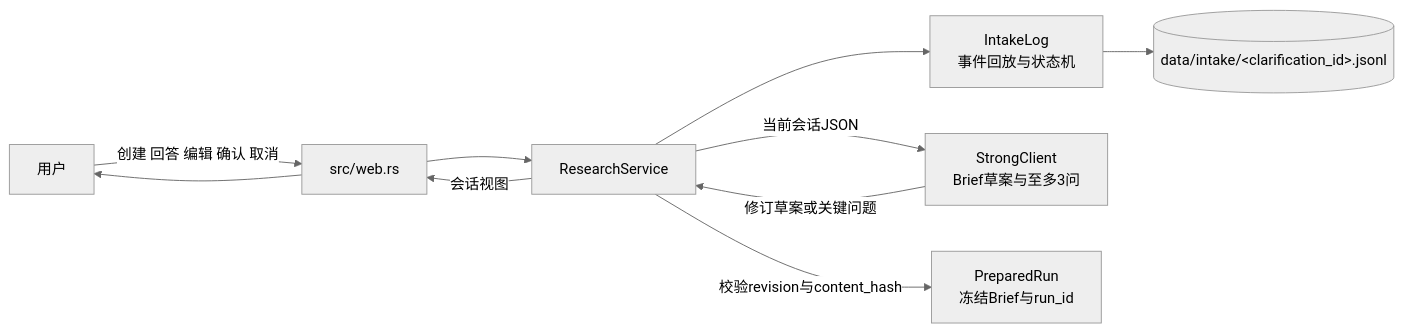
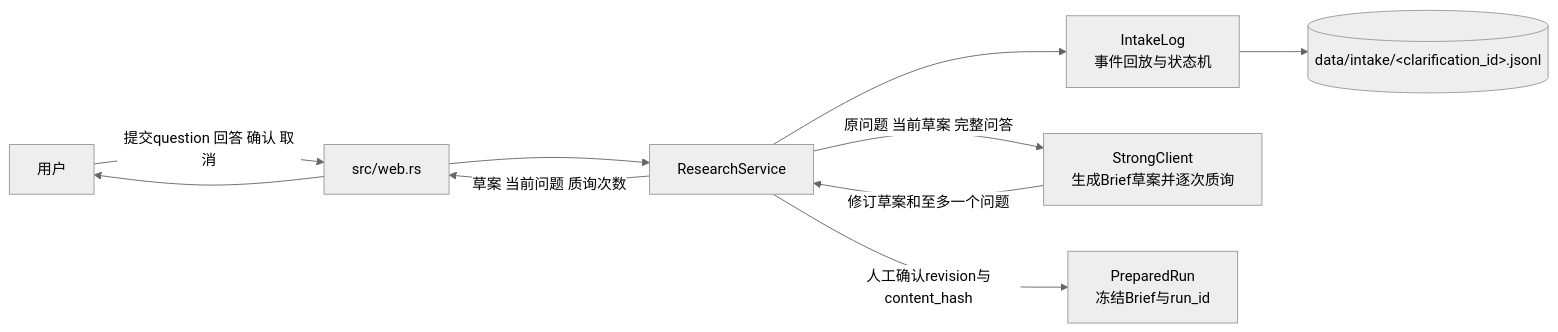
Before and after one commit to SuperCatQR/traceable-research-runtime: the second of 7 diagrams in docs/web-search-architecture.md, drawn with Mermaid (neutral theme). The commit also changed other lines of this file, not shown here.

First line of the commit message:
docs: 对话式确认 Research Intake（最多5次质询+人工确认门）并补时序图

````diff
--- a/docs/web-search-architecture.md
+++ b/docs/web-search-architecture.md
@@ -141,17 +141,17 @@
 ```mermaid
 flowchart LR
     userActor["用户"]
     apiEntry["src/web.rs"]
     appService["ResearchService"]
     intakeState["IntakeLog<br/>事件回放与状态机"]
-    strongIntake["StrongClient<br/>Brief草案与至多3问"]
+    strongIntake["StrongClient<br/>生成Brief草案并逐次质询"]
     intakeAudit[("data/intake/&lt;clarification_id&gt;.jsonl")]
     researchStart["PreparedRun<br/>冻结Brief与run_id"]
 
-    userActor -->|创建 回答 编辑 确认 取消| apiEntry --> appService
+    userActor -->|提交question 回答 确认 取消| apiEntry --> appService
     appService --> intakeState --> intakeAudit
-    appService -->|当前会话JSON| strongIntake
-    strongIntake -->|修订草案或关键问题| appService
-    appService -->|会话视图| apiEntry --> userActor
-    appService -->|校验revision与content_hash| researchStart
+    appService -->|原问题 当前草案 完整问答| strongIntake
+    strongIntake -->|修订草案和至多一个问题| appService
+    appService -->|草案 当前问题 质询次数| apiEntry --> userActor
+    appService -->|人工确认revision与content_hash| researchStart
 ```
````
